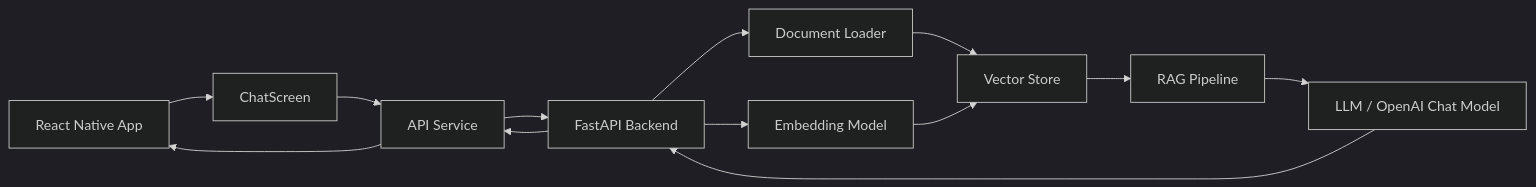
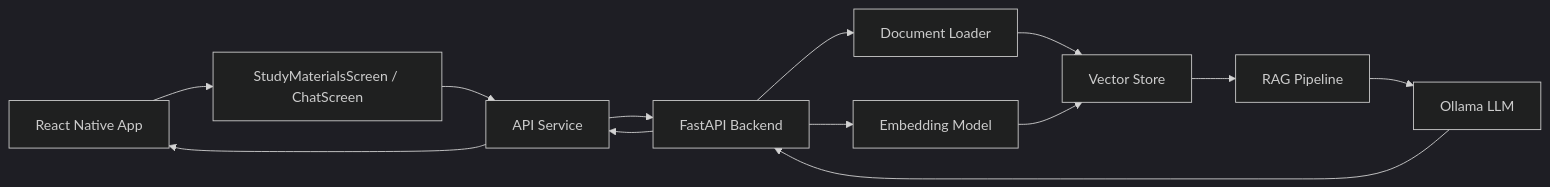
The diagram in README.md (cmashish/SmartStudyBuddy), drawn with Mermaid (dark theme) before and after one commit. The commit also changed other lines of this file and 20 other files, not shown here.

````diff
--- a/README.md
+++ b/README.md
@@ -19,15 +20,15 @@
 ```mermaid
 flowchart LR
-    A[React Native App] --> B[ChatScreen]
+    A[React Native App] --> B[StudyMaterialsScreen / ChatScreen]
     B --> C[API Service]
     C --> D[FastAPI Backend]
     D --> E[Document Loader]
     D --> F[Embedding Model]
     E --> G[Vector Store]
     F --> G
     G --> H[RAG Pipeline]
-    H --> I[LLM / OpenAI Chat Model]
+    H --> I[Ollama LLM]
     I --> D
     D --> C
     C --> A
 ```
````
